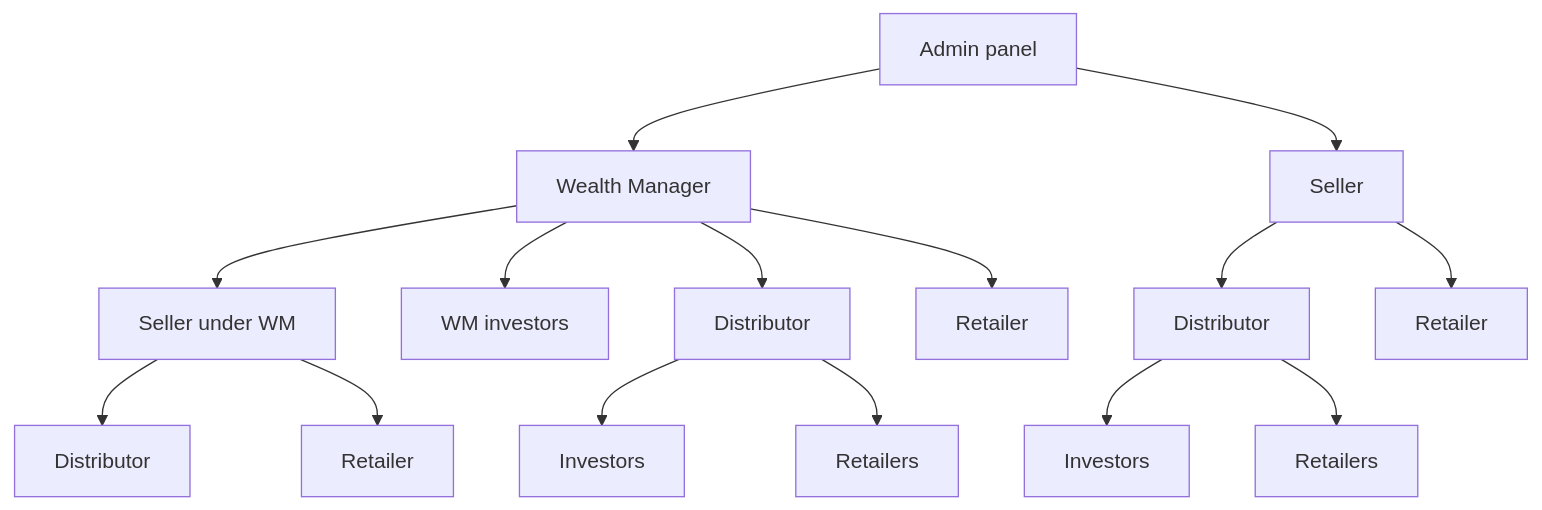
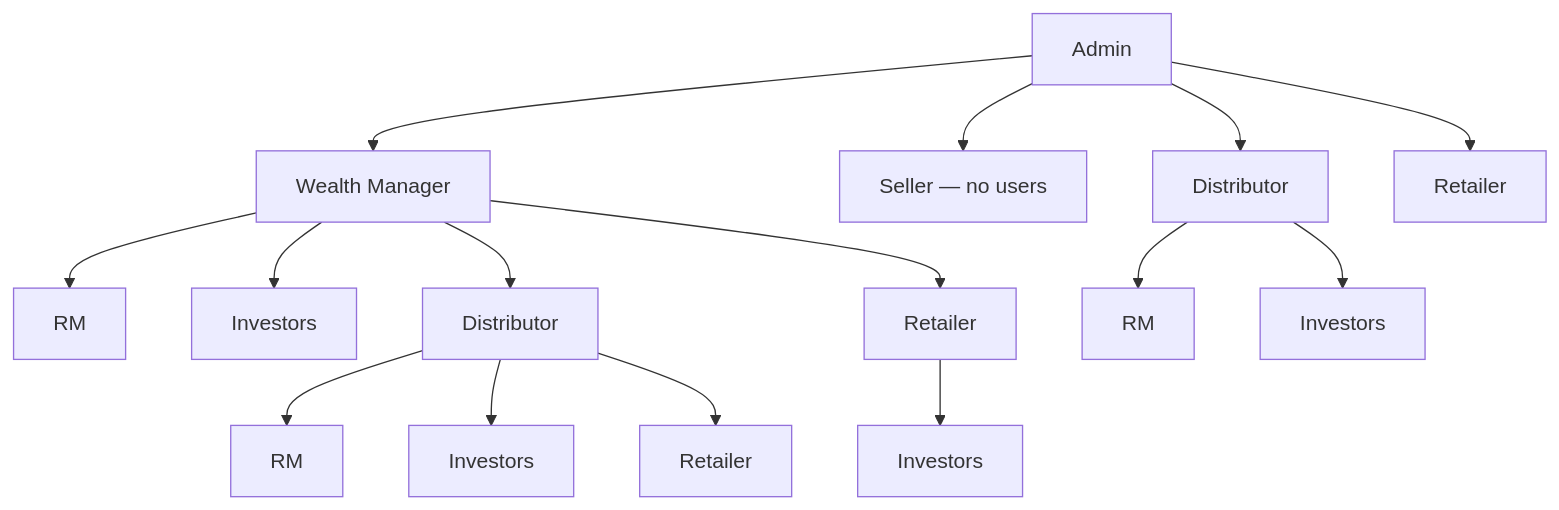
One commit to kavadevelopers/PrivateDealsBackend changed the second of 2 diagrams in docs/new-system/diagrams/flowchart.md. Above: the diagram before and after it, drawn with Mermaid. The commit also changed other lines of this file and 9 other files, not shown here.

````diff
--- a/docs/new-system/diagrams/flowchart.md
+++ b/docs/new-system/diagrams/flowchart.md
@@ -43,17 +43,17 @@
 ```mermaid
 flowchart TB
-  Admin[Admin panel] --> WM[Wealth Manager]
-  Admin --> SellerTop[Seller]
-  WM --> SellerUnder[Seller under WM]
-  WM --> WMInv[WM investors]
-  WM --> DistWM[Distributor]
-  WM --> RetWM[Retailer]
-  SellerTop --> DistS[Distributor]
-  SellerTop --> RetS[Retailer]
-  SellerUnder --> DistS2[Distributor]
-  SellerUnder --> RetS2[Retailer]
-  DistWM --> DistInv[Investors]
-  DistWM --> RetFromDist[Retailers]
-  DistS --> DistInv2[Investors]
-  DistS --> RetFromDist2[Retailers]
+  Admin[Admin] --> WM[Wealth Manager]
+  Admin --> Seller[Seller — no users]
+  Admin --> DistA[Distributor]
+  Admin --> RetA[Retailer]
+  WM --> RM[RM]
+  WM --> WMInv[Investors]
+  WM --> Dist[Distributor]
+  WM --> Ret[Retailer]
+  Dist --> RMd[RM]
+  Dist --> DistInv[Investors]
+  Dist --> RetD[Retailer]
+  DistA --> RMd2[RM]
+  DistA --> DistInv2[Investors]
+  Ret --> RetInv[Investors]
 ```
````
